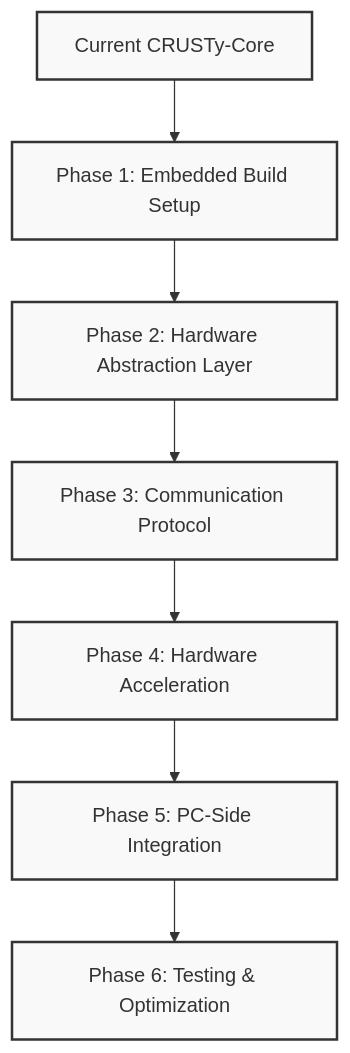
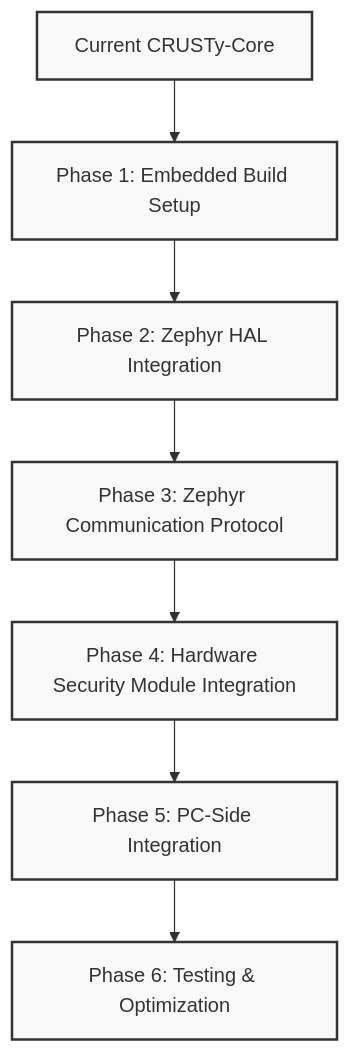
Before and after one commit to shahern004/CRUSTy-Core: the diagram in Documentation/Dev Progress/STM32H573I-DK_Migration_Roadmap.md, drawn with Mermaid. The commit also changed other lines of this file and 25 other files, not shown here.

````diff
--- a/Documentation/Dev Progress/STM32H573I-DK_Migration_Roadmap.md
+++ b/Documentation/Dev Progress/STM32H573I-DK_Migration_Roadmap.md
@@ -31,12 +31,12 @@
 ```mermaid
 flowchart TD
     A[Current CRUSTy-Core] --> B[Phase 1: Embedded Build Setup]
-    B --> C[Phase 2: Hardware Abstraction Layer]
-    C --> D[Phase 3: Communication Protocol]
-    D --> E[Phase 4: Hardware Acceleration]
+    B --> C[Phase 2: Zephyr HAL Integration]
+    C --> D[Phase 3: Zephyr Communication Protocol]
+    D --> E[Phase 4: Hardware Security Module Integration]
     E --> F[Phase 5: PC-Side Integration]
     F --> G[Phase 6: Testing & Optimization]
 
     classDef phase fill:#f9f9f9,stroke:#333,stroke-width:2px;
     class A,B,C,D,E,F,G phase;
 ```
````
